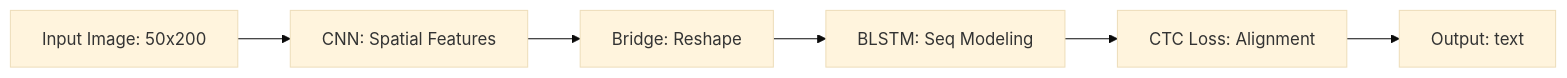
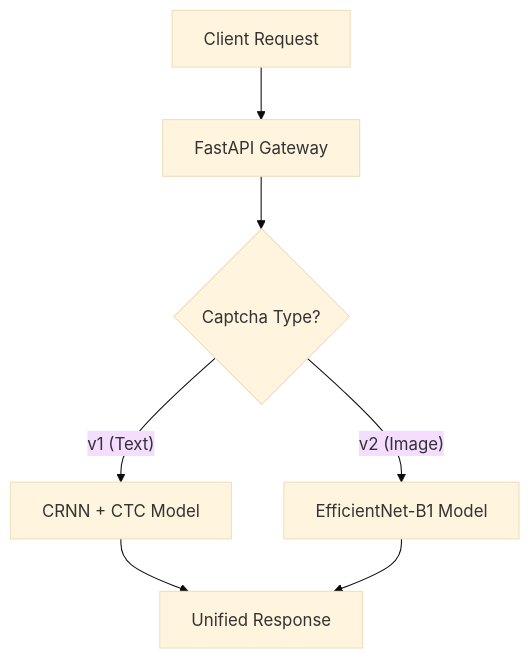
The diagram in README.md (Gotcha-Captcha/Captcha), drawn with Mermaid (base theme) before and after one commit. The commit also changed other lines of this file and 1 other file, not shown here.

Commit message:
feat: add training_history of ReCaptcha model & fix README.md

````diff
--- a/README.md
+++ b/README.md
@@ -34,8 +41,9 @@
 ```mermaid
-graph LR
-    A[Input Image: 50x200] --> B[CNN: Spatial Features]
-    B --> C[Bridge: Reshape]
-    C --> D[BLSTM: Seq Modeling]
-    D --> E[CTC Loss: Alignment]
-    E --> F[Output: text]
+graph TD
+    A[Client Request] --> B[FastAPI Gateway]
+    B --> C{Captcha Type?}
+    C -- "v1 (Text)" --> D[CRNN + CTC Model]
+    C -- "v2 (Image)" --> E[EfficientNet-B1 Model]
+    D --> F[Unified Response]
+    E --> F
 ```
````
